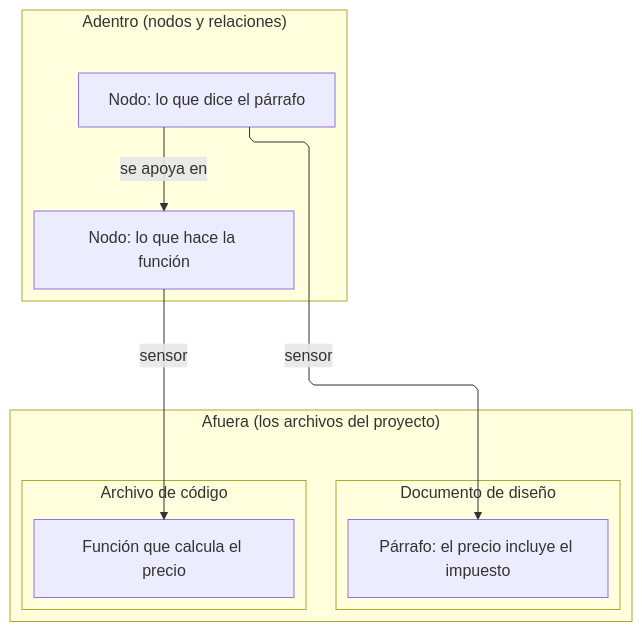
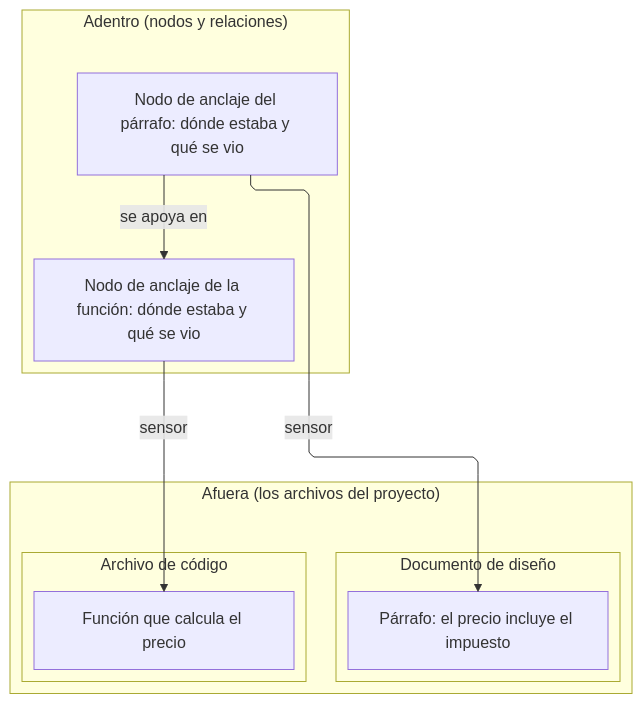
One commit to jpcosec/sldb changed the diagram in docs/spec/principios/diagramas/component.ejemplo.mmd. Above: the diagram before and after it, drawn with Mermaid. The commit also changed 2 other files, not shown here.

Commit message:
docs(spec): corrige seis inconsistencias del whitepaper que encontró un lector en frío [skip ci]

```diff
--- a/docs/spec/principios/diagramas/component.ejemplo.mmd
+++ b/docs/spec/principios/diagramas/component.ejemplo.mmd
@@ -1,23 +1,23 @@
 ---
 config:
   layout: elk
   flowchart:
     curve: linear
 ---
 %% specir: generated from docs/spec/principios/diagramas/component.ejemplo.yml; do not edit, run `sldb notations validate docs/spec/principios/diagramas/component.ejemplo.yml` and re-render
 flowchart TD
     subgraph Afuera ["Afuera (los archivos del proyecto)"]
         subgraph Documento ["Documento de diseño"]
             Parrafo["Párrafo: el precio incluye el impuesto"]
         end
         subgraph Codigo ["Archivo de código"]
             Funcion["Función que calcula el precio"]
         end
     end
     subgraph Adentro ["Adentro (nodos y relaciones)"]
-        NodoParrafo["Nodo: lo que dice el párrafo"]
-        NodoFuncion["Nodo: lo que hace la función"]
+        NodoParrafo["Nodo de anclaje del párrafo: dónde estaba y qué se vio"]
+        NodoFuncion["Nodo de anclaje de la función: dónde estaba y qué se vio"]
     end
     NodoParrafo -->|"se apoya en"| NodoFuncion
     NodoParrafo -->|"sensor"| Parrafo
     NodoFuncion -->|"sensor"| Funcion
```
